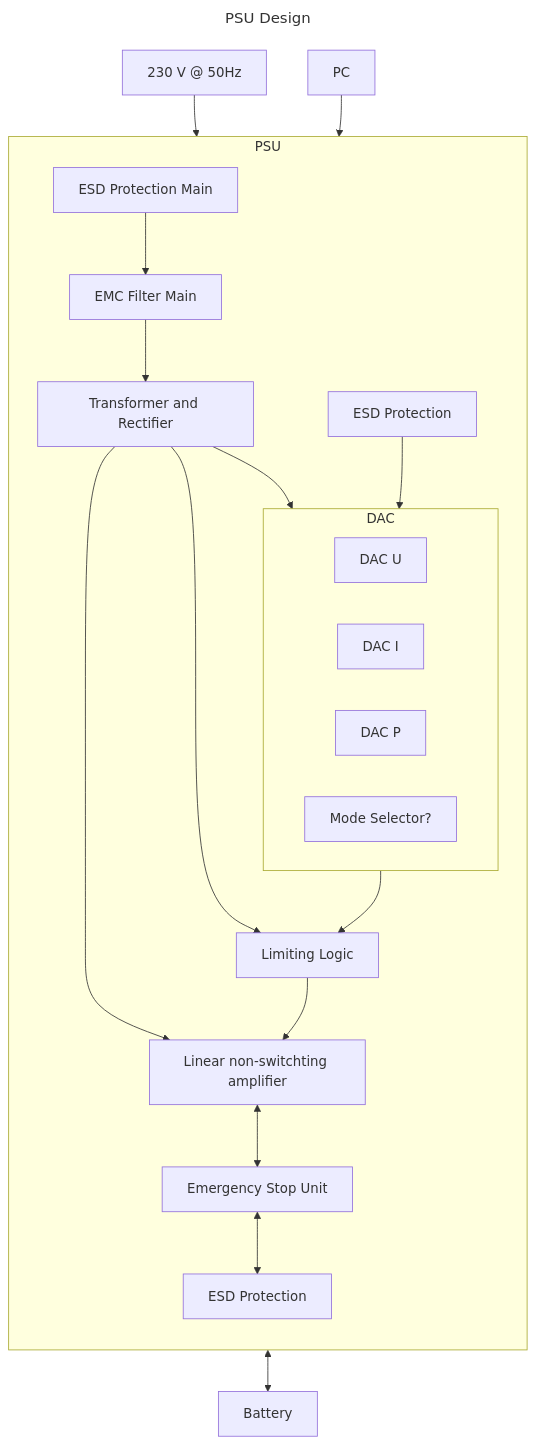
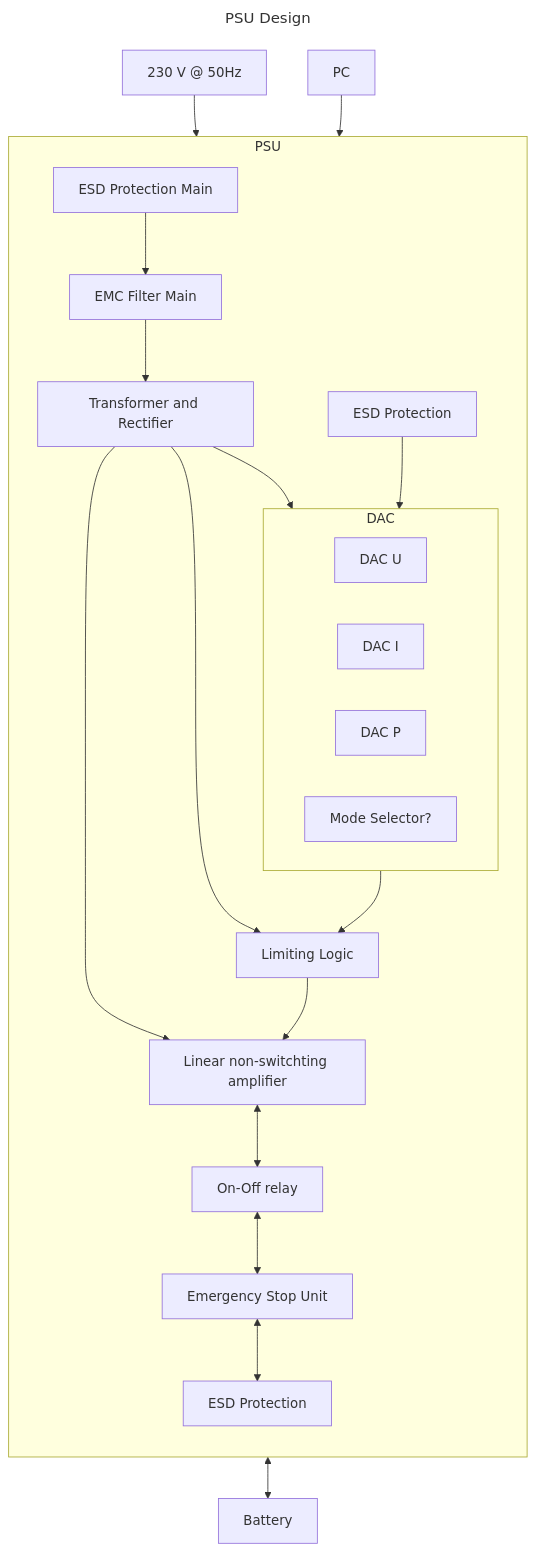
One commit to pascalguttmann/obat changed the diagram in docs/arch/psu.md. Above: the diagram before and after it, drawn with Mermaid.

Commit message:
add on off relay to psu

````diff
--- a/docs/arch/psu.md
+++ b/docs/arch/psu.md
@@ -8,32 +8,33 @@
 ```mermaid
 ---
 title: PSU Design
 ---
 flowchart TB
 pc[PC]
 main[230 V @ 50Hz]
 bat[Battery]
 
 subgraph psu[PSU]
     direction TB
     esd_in[ESD Protection]
     subgraph dac[DAC]
         dac-u[DAC U]
         dac-i[DAC I]
         dac-p[DAC P]
         dac-m[Mode Selector?]
     end
     limiter[Limiting Logic]
     amp[Linear non-switchting amplifier]
-    relay[Emergency Stop Unit]
+    relay[On-Off relay]
+    esu[Emergency Stop Unit]
     esd_out[ESD Protection]
 
     esd_main[ESD Protection Main]
     emc_main[EMC Filter Main]
     rect[Transformer and Rectifier]
 end
 
 main --> esd_main --> emc_main --> rect --> amp & dac & limiter
 pc --> esd_in --> dac --> limiter
-limiter --> amp <--> relay <--> esd_out <--> bat
+limiter --> amp <--> relay <--> esu <--> esd_out <--> bat
 ```
````
